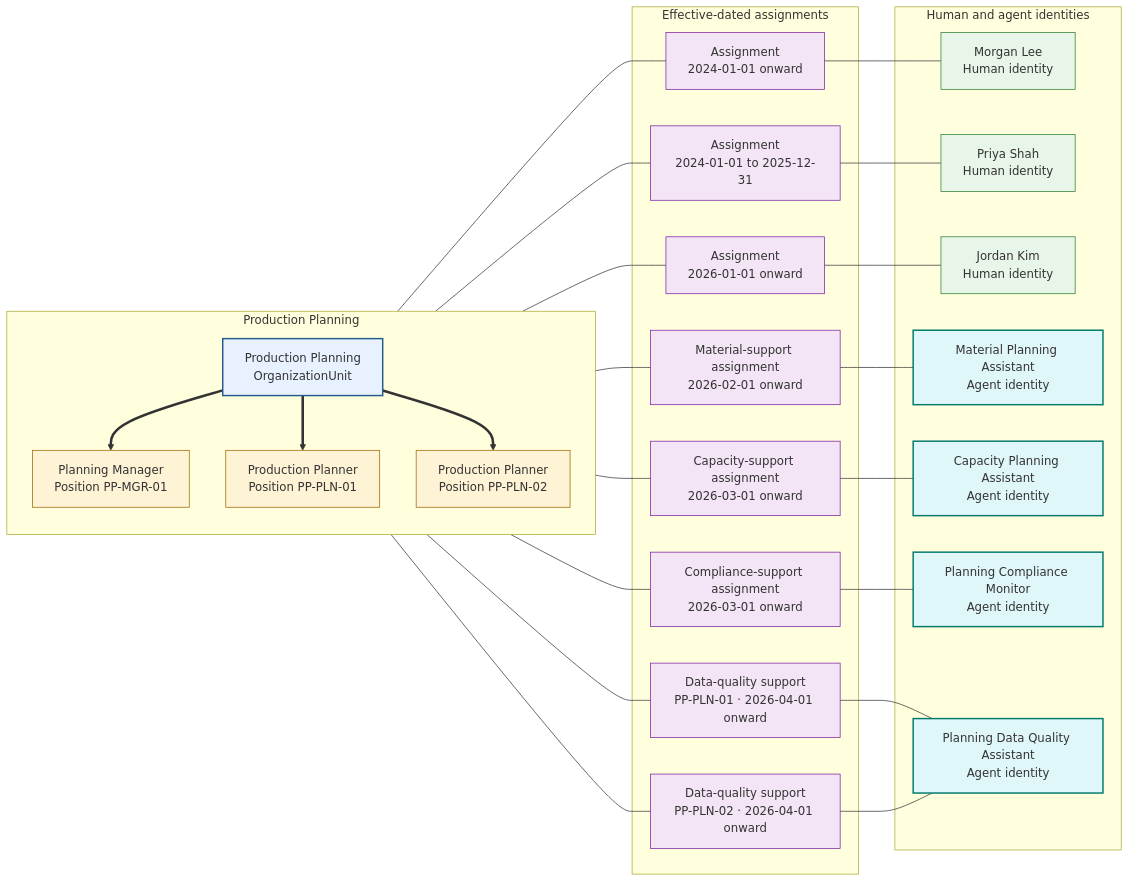
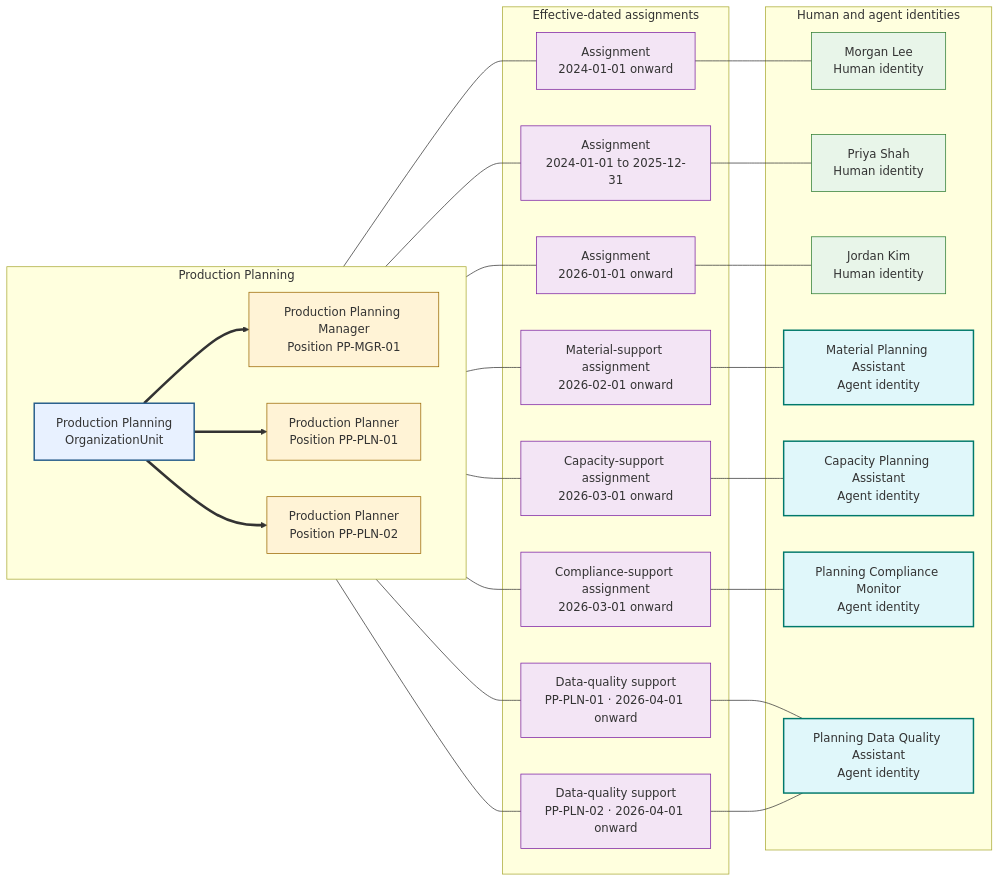
The second of 2 diagrams in examples/harbor-manufacturing/01_enterprise.md (nauticana/charter), drawn with Mermaid before and after one commit. The commit also changed other lines of this file and 12 other files, not shown here.

````diff
--- a/examples/harbor-manufacturing/01_enterprise.md
+++ b/examples/harbor-manufacturing/01_enterprise.md
@@ -158,55 +158,55 @@
 ```mermaid
 flowchart LR
     subgraph ProductionPlanningOrganization["Production Planning"]
-        direction TB
+        direction LR
         ProductionPlanningUnit["Production Planning<br/>OrganizationUnit"]
-        PlanningManagerPosition["Planning Manager<br/>Position PP-MGR-01"]
+        PlanningManagerPosition["Production Planning Manager<br/>Position PP-MGR-01"]
         PlannerPositionOne["Production Planner<br/>Position PP-PLN-01"]
         PlannerPositionTwo["Production Planner<br/>Position PP-PLN-02"]
 
         ProductionPlanningUnit ==> PlanningManagerPosition
         ProductionPlanningUnit ==> PlannerPositionOne
         ProductionPlanningUnit ==> PlannerPositionTwo
     end
 
     subgraph Identities["Human and agent identities"]
         Morgan["Morgan Lee<br/>Human identity"]
         Priya["Priya Shah<br/>Human identity"]
         Jordan["Jordan Kim<br/>Human identity"]
         PlanningAgent["Material Planning Assistant<br/>Agent identity"]
         CapacityAgent["Capacity Planning Assistant<br/>Agent identity"]
         ComplianceAgent["Planning Compliance Monitor<br/>Agent identity"]
         DataQualityAgent["Planning Data Quality Assistant<br/>Agent identity"]
     end
 
     subgraph PositionAssignments["Effective-dated assignments"]
         MorganAssignment["Assignment<br/>2024-01-01 onward"]
         PriyaAssignment["Assignment<br/>2024-01-01 to 2025-12-31"]
         JordanAssignment["Assignment<br/>2026-01-01 onward"]
         MaterialAgentAssignment["Material-support assignment<br/>2026-02-01 onward"]
         CapacityAgentAssignment["Capacity-support assignment<br/>2026-03-01 onward"]
         ComplianceAgentAssignment["Compliance-support assignment<br/>2026-03-01 onward"]
         DataQualityAssignmentOne["Data-quality support<br/>PP-PLN-01 · 2026-04-01 onward"]
         DataQualityAssignmentTwo["Data-quality support<br/>PP-PLN-02 · 2026-04-01 onward"]
     end
 
     PlanningManagerPosition --- MorganAssignment --- Morgan
     PlannerPositionOne --- PriyaAssignment --- Priya
     PlannerPositionOne --- JordanAssignment --- Jordan
     PlannerPositionOne --- MaterialAgentAssignment --- PlanningAgent
     PlannerPositionOne --- CapacityAgentAssignment --- CapacityAgent
     PlanningManagerPosition --- ComplianceAgentAssignment --- ComplianceAgent
     PlannerPositionOne --- DataQualityAssignmentOne --- DataQualityAgent
     PlannerPositionTwo --- DataQualityAssignmentTwo --- DataQualityAgent
 
     classDef organizationUnit fill:#e8f1ff,stroke:#245b8a,stroke-width:2px
     classDef position fill:#fff3d6,stroke:#9a6700,stroke-width:1px
     classDef humanIdentity fill:#e8f5e9,stroke:#2e7d32,stroke-width:1px
     classDef agentIdentity fill:#e0f7fa,stroke:#00796b,stroke-width:2px
     classDef assignment fill:#f3e5f5,stroke:#7b1fa2,stroke-width:1px
     class ProductionPlanningUnit organizationUnit
     class PlanningManagerPosition,PlannerPositionOne,PlannerPositionTwo position
     class Morgan,Priya,Jordan humanIdentity
     class PlanningAgent,CapacityAgent,ComplianceAgent,DataQualityAgent agentIdentity
     class MorganAssignment,PriyaAssignment,JordanAssignment,MaterialAgentAssignment,CapacityAgentAssignment,ComplianceAgentAssignment,DataQualityAssignmentOne,DataQualityAssignmentTwo assignment
 ```
````
